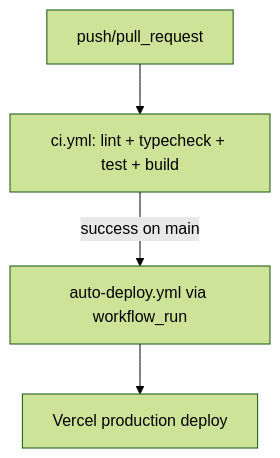
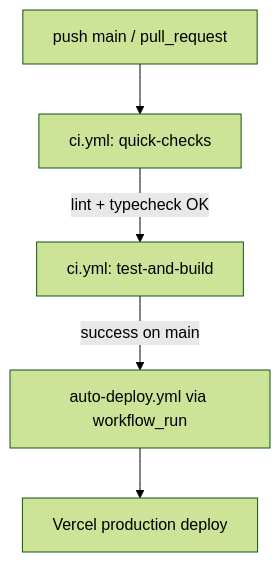
The diagram in NOTES/runbook.md (NeXifyAI-cloud/opencarbox), drawn with Mermaid (forest theme) before and after one commit. The commit also changed other lines of this file and 2 other files, not shown here.

````diff
--- a/NOTES/runbook.md
+++ b/NOTES/runbook.md
@@ -31,6 +31,7 @@
 ```mermaid
 flowchart TD
-  A[push/pull_request] --> B[ci.yml: lint + typecheck + test + build]
-  B -->|success on main| C[auto-deploy.yml via workflow_run]
-  C --> D[Vercel production deploy]
+  A[push main / pull_request] --> B[ci.yml: quick-checks]
+  B -->|lint + typecheck OK| C[ci.yml: test-and-build]
+  C -->|success on main| D[auto-deploy.yml via workflow_run]
+  D --> E[Vercel production deploy]
 ```
````
